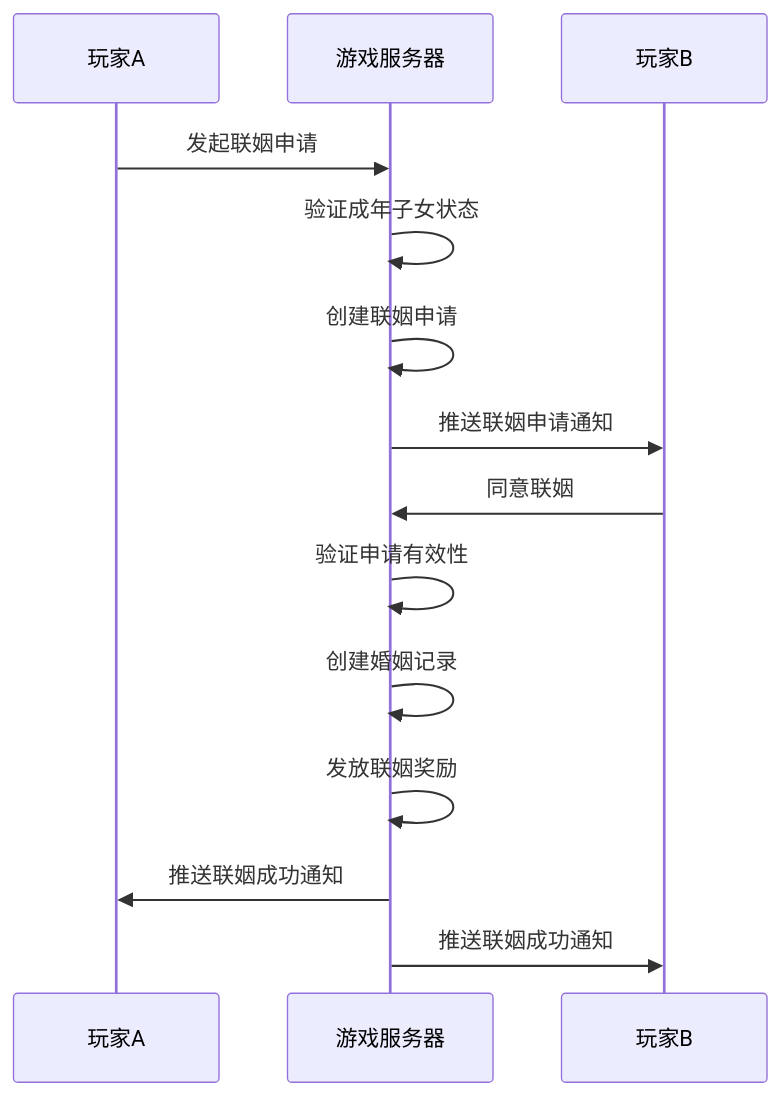
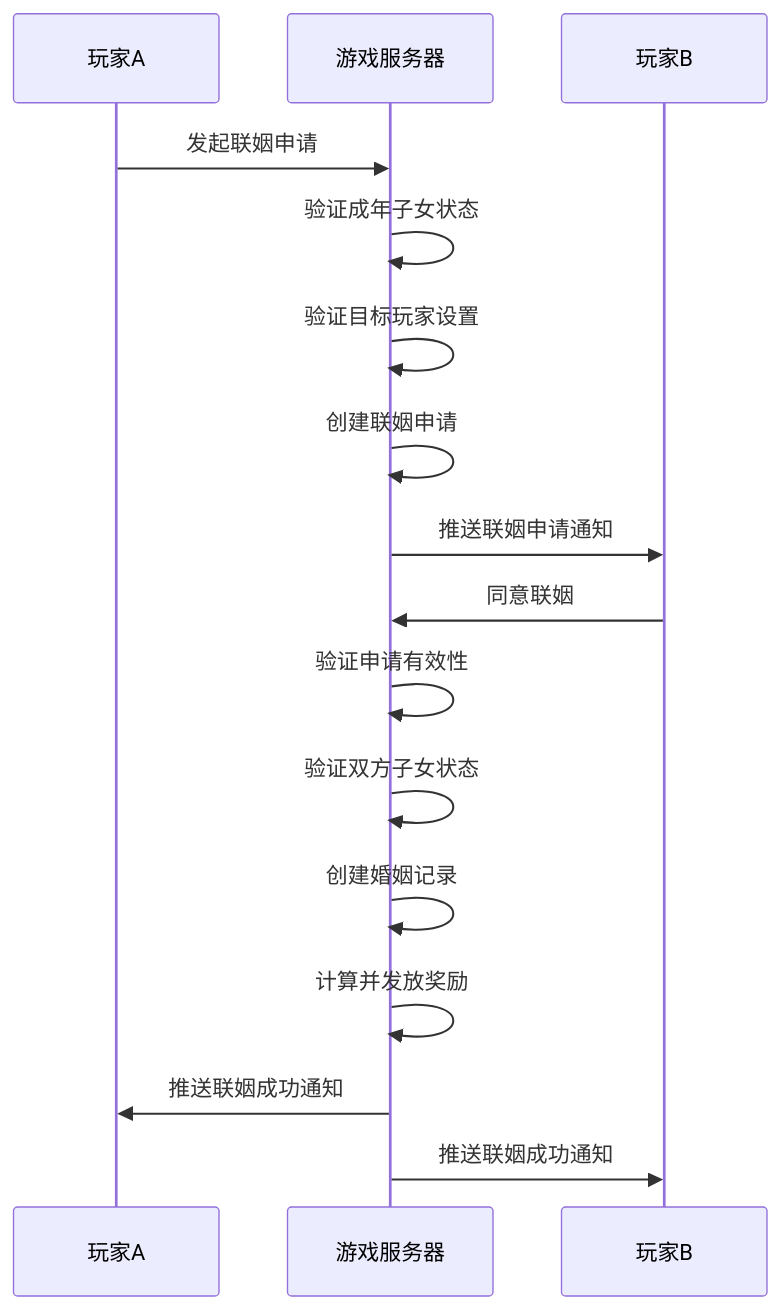
One commit to Alan-Ben/k2c_game_framework changed diagram 11 of 15 in docs/Module_Child/01_数据配表.md. Above: the diagram before and after it, drawn with Mermaid. The commit also changed other lines of this file and 7 other files, not shown here.

````diff
--- a/docs/Module_Child/01_数据配表.md
+++ b/docs/Module_Child/01_数据配表.md
@@ -730,18 +1127,20 @@
 ```mermaid
 sequenceDiagram
     participant A as 玩家A
     participant GS as 游戏服务器
     participant B as 玩家B
 
     A->>GS: 发起联姻申请
     GS->>GS: 验证成年子女状态
+    GS->>GS: 验证目标玩家设置
     GS->>GS: 创建联姻申请
     GS->>B: 推送联姻申请通知
 
     B->>GS: 同意联姻
     GS->>GS: 验证申请有效性
+    GS->>GS: 验证双方子女状态
     GS->>GS: 创建婚姻记录
-    GS->>GS: 发放联姻奖励
+    GS->>GS: 计算并发放奖励
     GS->>A: 推送联姻成功通知
     GS->>B: 推送联姻成功通知
 ```
````
